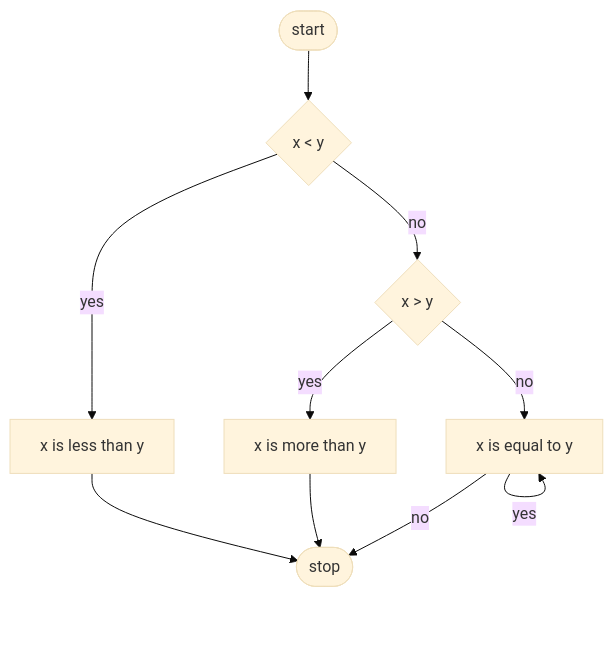
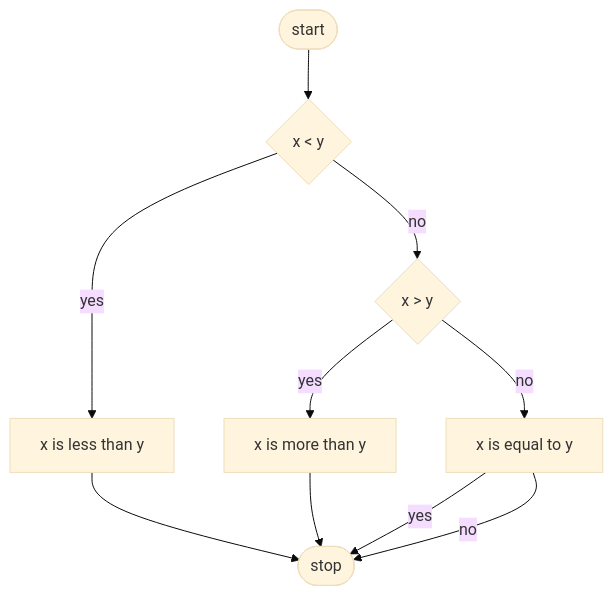
The fourth of 4 diagrams in week1/README.md (caiobasf/cs50), drawn with Mermaid (base theme) before and after one commit.

Commit message:
outro bug fix

````diff
--- a/week1/README.md
+++ b/week1/README.md
@@ -136,12 +136,12 @@
 ```mermaid
 flowchart TD
     A([start]) --> B{x < y}
     B --> |yes| C["x is less than y"]
     B --> |no| D{x > y}
     C --> Z([stop])
     D --> |yes| E["x is more than y"]
     D --> |no| F["x is equal to y"]
     E --> Z
-    F --> |yes| F
+    F --> |yes| Z
     F --> |no| Z
 ```
````
